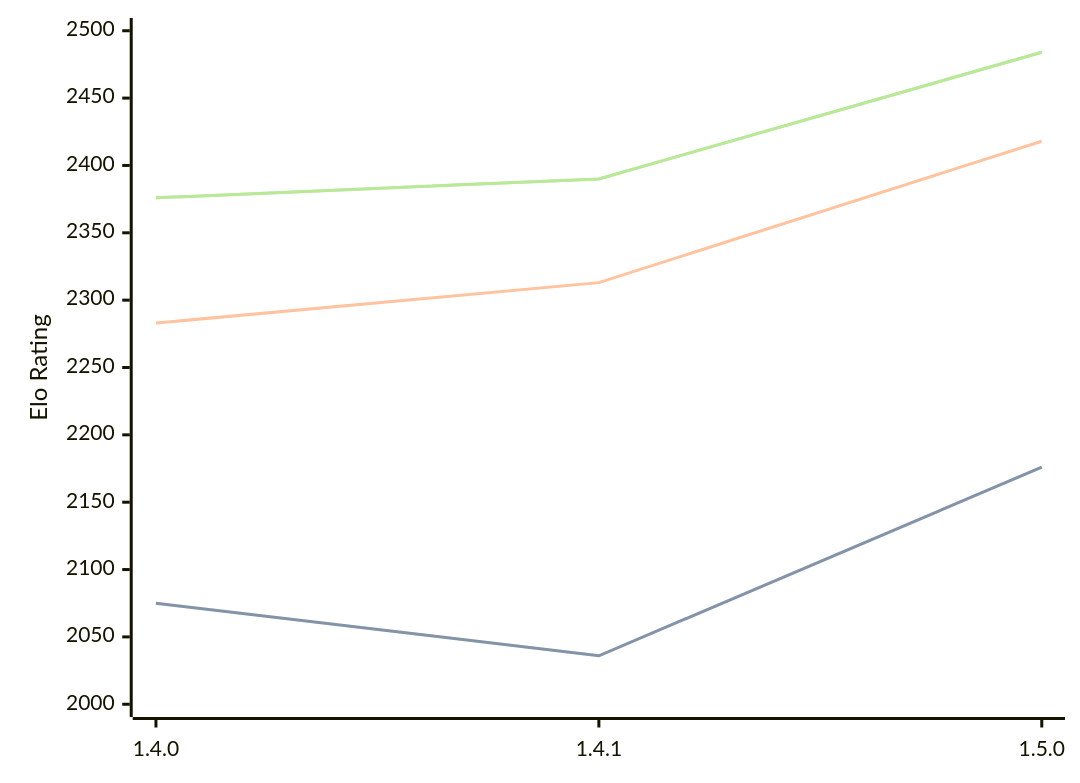
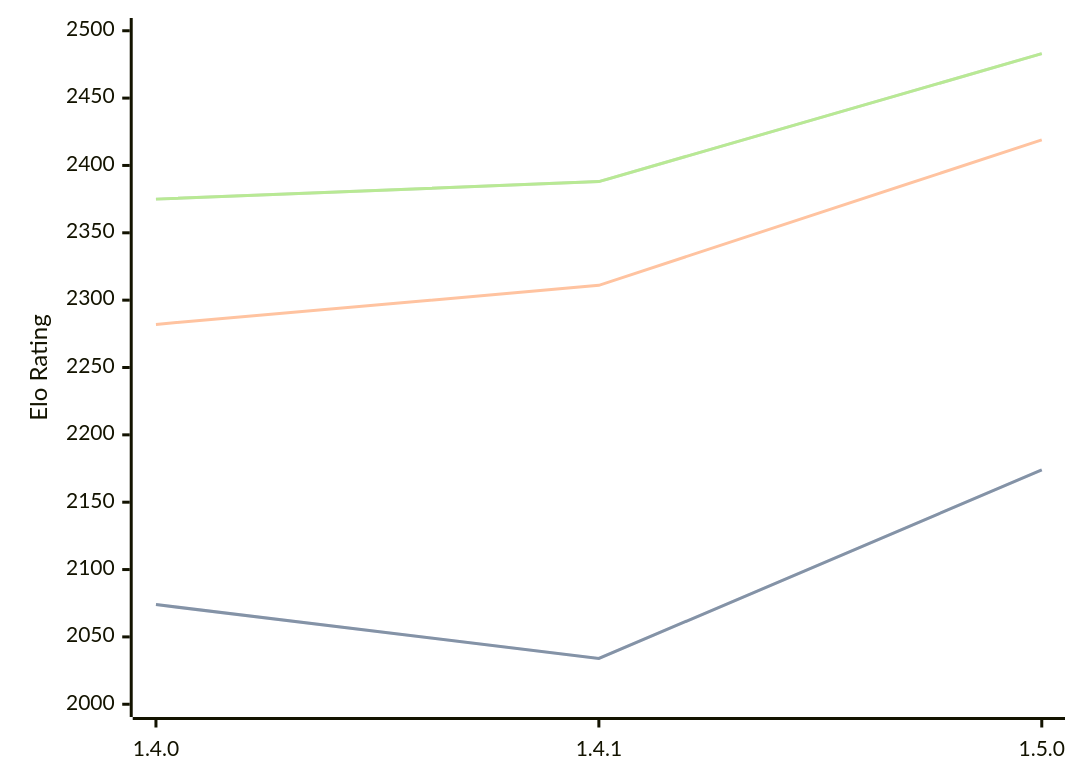
Before and after one commit to computer-chess-index/cci: the third of 3 diagrams in engines/Tofiks.md, drawn with Mermaid. The commit also changed other lines of this file, not shown here.

Commit message:
Update CCI Ratings (ELO VLTC) - 2026-06-26

````diff
--- a/engines/Tofiks.md
+++ b/engines/Tofiks.md
@@ -70,11 +70,11 @@
 ```mermaid
 %%{init: {"theme":"base","themeVariables":{"seriesColors:['#a3a3a3','#222221','#faa371']}}}%%
 xychart-beta
   x-axis ["1.4.0", "1.4.1", "1.5.0"]
   y-axis "Elo Rating" 2000 --> 2500
-  line "STC (8.0+0.08s)" [2075, 2036, 2176]
-  line "STC (8.0+0.08s)" [2075, 2036, 2176]
-  line "LTC (60.0+0.60s)" [2283, 2313, 2418]
-  line "VLTC (2m24s+1.12s)" [2376, 2390, 2484]
-  line "VLTC (2m24s+1.12s)" [2376, 2390, 2484]
+  line "STC (8.0+0.08s)" [2074, 2034, 2174]
+  line "STC (8.0+0.08s)" [2074, 2034, 2174]
+  line "LTC (60.0+0.60s)" [2282, 2311, 2419]
+  line "VLTC (2m24s+1.12s)" [2375, 2388, 2483]
+  line "VLTC (2m24s+1.12s)" [2375, 2388, 2483]
 ```
````
